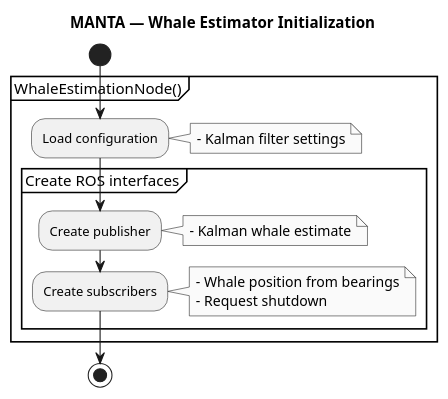
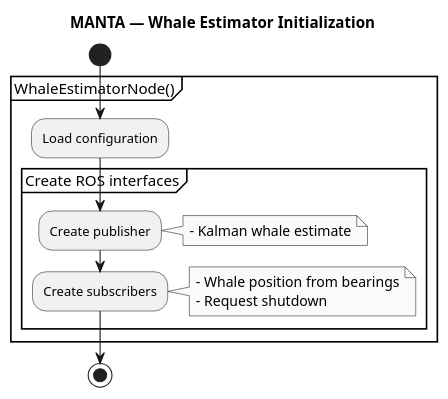
Before and after one commit to Tebcherani/MANTA: the diagram in components/manta_whale_estimator/docs/whale_estimator_init.puml, drawn with PlantUML. The commit also changed 32 other files, not shown here.

```diff
--- a/components/manta_whale_estimator/docs/whale_estimator_init.puml
+++ b/components/manta_whale_estimator/docs/whale_estimator_init.puml
@@ -1,31 +1,28 @@
 @startuml
 title MANTA — Whale Estimator Initialization
 
 skinparam monochrome true
 skinparam shadowing false
 
 start
 
-partition "WhaleEstimationNode()" {
+partition "WhaleEstimatorNode()" {
     :Load configuration;
-    note right
-        - Kalman filter settings
-    end note
 
     partition "Create ROS interfaces" {
         :Create publisher;
         note right
             - Kalman whale estimate
         end note
 
         :Create subscribers;
         note right
             - Whale position from bearings
             - Request shutdown
         end note
     }
 }
 
 stop
 
 @enduml
```
